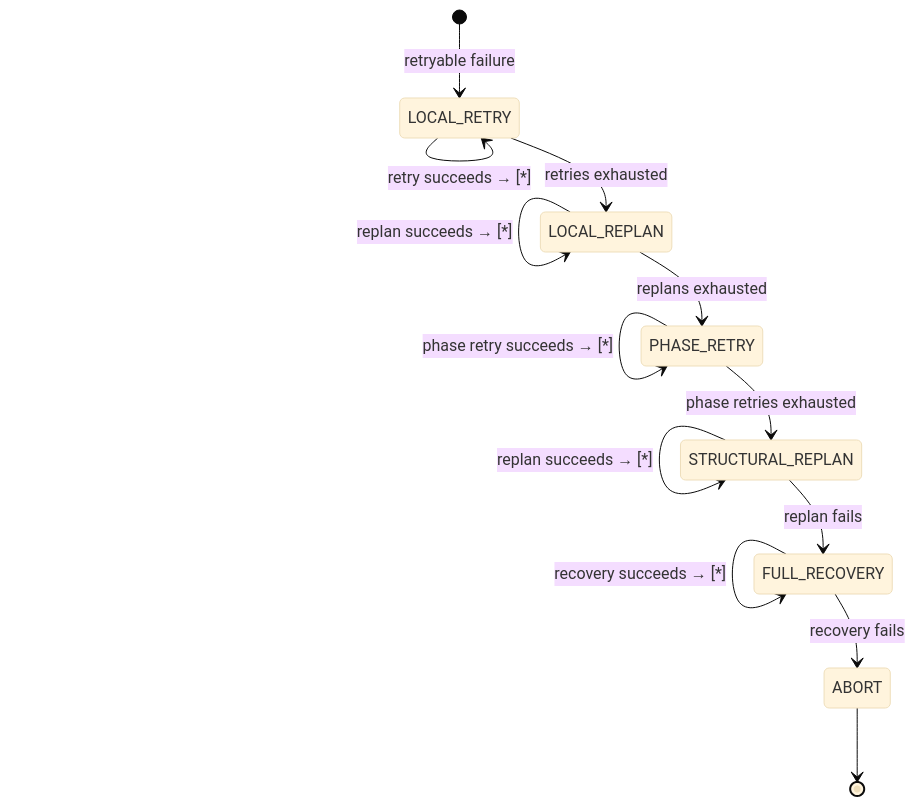
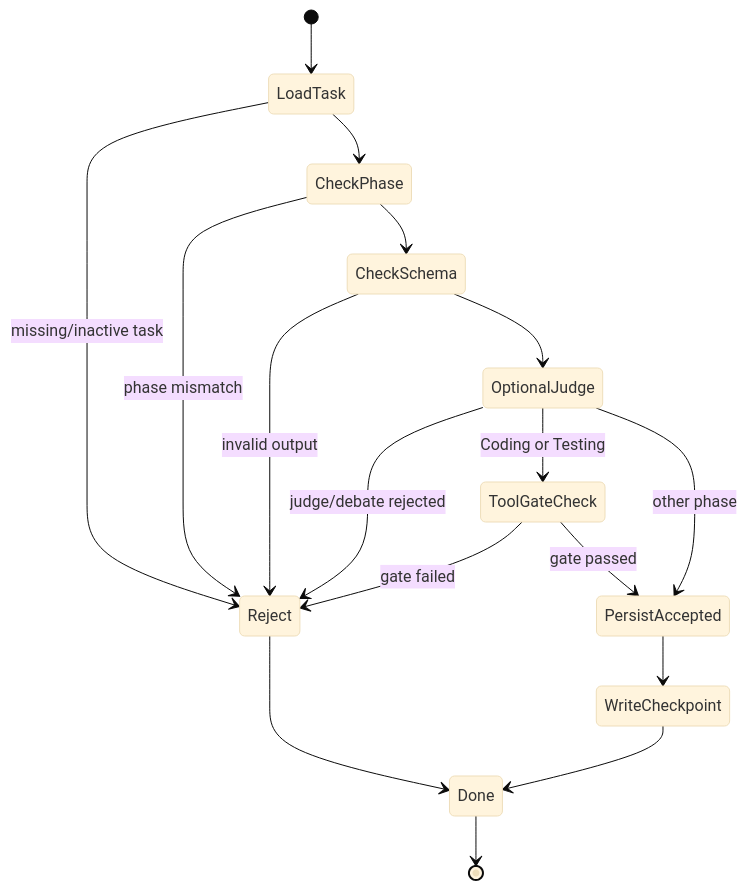
Before and after one commit to Hemanthdamineni/foundry: the third of 6 diagrams in docs/references/state-machines.md, drawn with Mermaid (base theme). The commit also changed other lines of this file and 2096 other files, not shown here.

Commit message:
fix: enforce question tool usage in foundry agent chatting phase

````diff
--- a/docs/references/state-machines.md
+++ b/docs/references/state-machines.md
@@ -80,15 +52,19 @@
 ```mermaid
 stateDiagram-v2
-    [*] --> LOCAL_RETRY : retryable failure
-    LOCAL_RETRY --> LOCAL_RETRY : retry succeeds → [*]
-    LOCAL_RETRY --> LOCAL_REPLAN : retries exhausted
-    LOCAL_REPLAN --> LOCAL_REPLAN : replan succeeds → [*]
-    LOCAL_REPLAN --> PHASE_RETRY : replans exhausted
-    PHASE_RETRY --> PHASE_RETRY : phase retry succeeds → [*]
-    PHASE_RETRY --> STRUCTURAL_REPLAN : phase retries exhausted
-    STRUCTURAL_REPLAN --> STRUCTURAL_REPLAN : replan succeeds → [*]
-    STRUCTURAL_REPLAN --> FULL_RECOVERY : replan fails
-    FULL_RECOVERY --> FULL_RECOVERY : recovery succeeds → [*]
-    FULL_RECOVERY --> ABORT : recovery fails
-    ABORT --> [*]
+    [*] --> LoadTask
+    LoadTask --> Reject : missing/inactive task
+    LoadTask --> CheckPhase
+    CheckPhase --> Reject : phase mismatch
+    CheckPhase --> CheckSchema
+    CheckSchema --> Reject : invalid output
+    CheckSchema --> OptionalJudge
+    OptionalJudge --> Reject : judge/debate rejected
+    OptionalJudge --> ToolGateCheck : Coding or Testing
+    OptionalJudge --> PersistAccepted : other phase
+    ToolGateCheck --> Reject : gate failed
+    ToolGateCheck --> PersistAccepted : gate passed
+    PersistAccepted --> WriteCheckpoint
+    WriteCheckpoint --> Done
+    Reject --> Done
+    Done --> [*]
 ```
````
